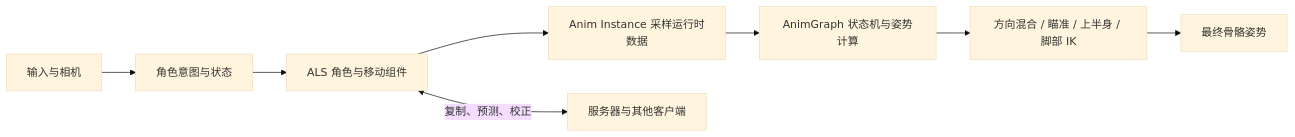
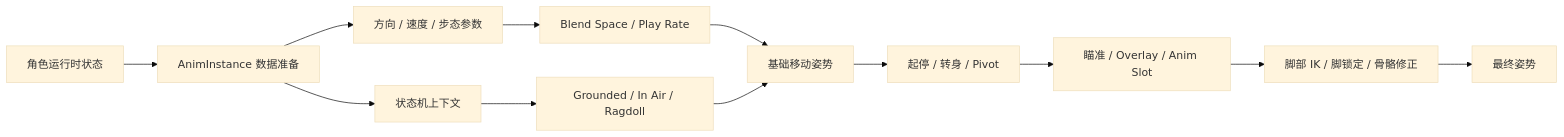
Before and after one commit to Courtshipfy/Animation-Notes: the diagram in ALS/01-ALS-Framework.md, drawn with Mermaid (base theme). The commit also changed other lines of this file and 2 other files, not shown here.

Commit message:
Refocus ALS notes on animation architecture

````diff
--- a/ALS/01-ALS-Framework.md
+++ b/ALS/01-ALS-Framework.md
@@ -7,10 +7,14 @@
 ```mermaid
 flowchart LR
-    A[输入与相机] --> B[角色意图与状态]
-    B --> C[ALS 角色与移动组件]
-    C --> D[Anim Instance 采样运行时数据]
-    D --> E[AnimGraph 状态机与姿势计算]
-    E --> F[方向混合 / 瞄准 / 上半身 / 脚部 IK]
-    F --> G[最终骨骼姿势]
-    C <-->|复制、预测、校正| N[服务器与其他客户端]
+    A[角色运行时状态] --> B[AnimInstance 数据准备]
+    B --> C[方向 / 速度 / 步态参数]
+    B --> D[状态机上下文]
+    C --> E[Blend Space / Play Rate]
+    D --> F[Grounded / In Air / Ragdoll]
+    E --> G[基础移动姿势]
+    F --> G
+    G --> H[起停 / 转身 / Pivot]
+    H --> I[瞄准 / Overlay / Anim Slot]
+    I --> J[脚部 IK / 脚锁定 / 骨骼修正]
+    J --> K[最终姿势]
 ```
````
